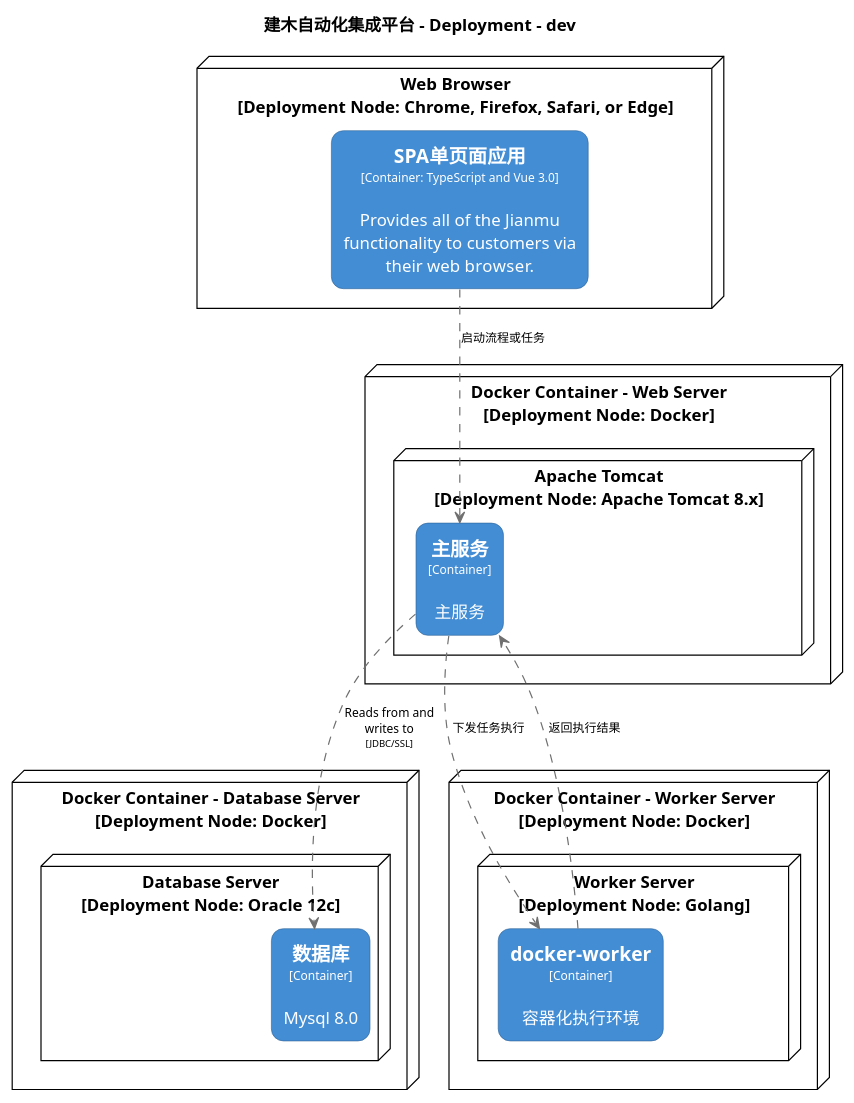
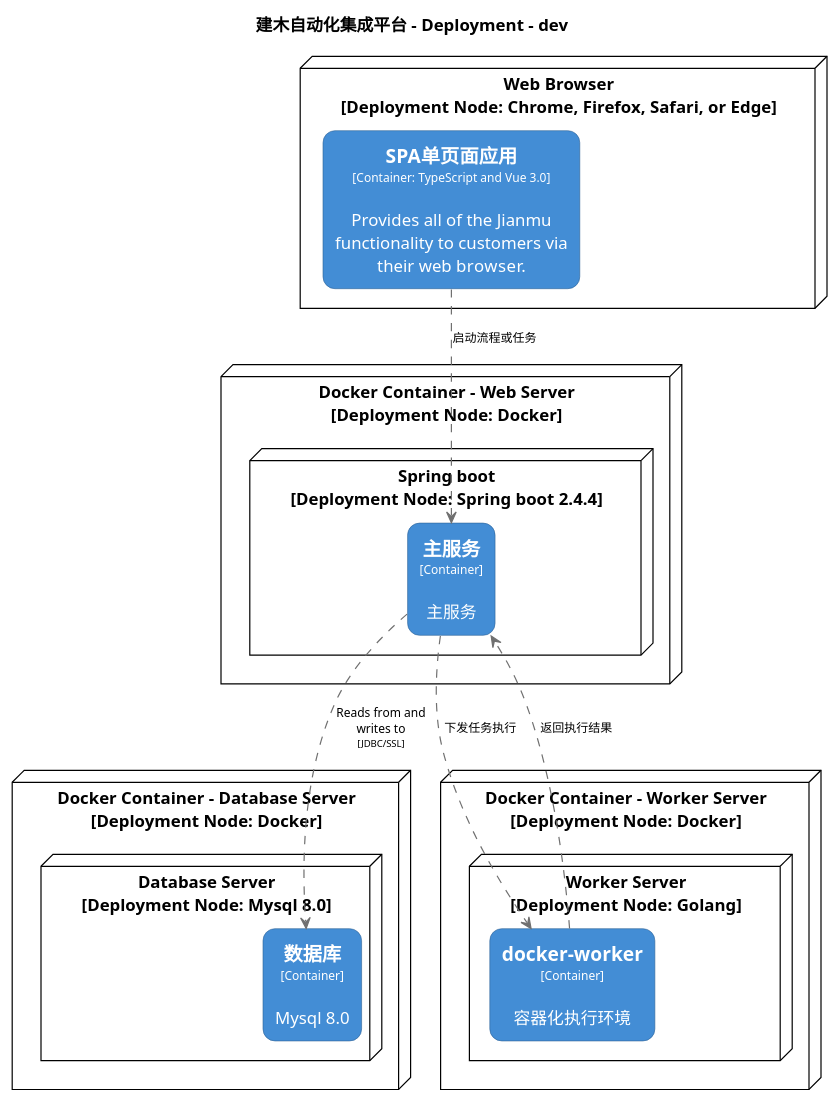
One commit to jianmu-dev/jianmu-architecture-as-code changed the diagram in c4/structurizr-DevelopmentDeployment.puml. Above: the diagram before and after it, drawn with PlantUML. The commit also changed 2 other files, not shown here.

```diff
--- a/c4/structurizr-DevelopmentDeployment.puml
+++ b/c4/structurizr-DevelopmentDeployment.puml
@@ -1,101 +1,101 @@
 @startuml(id=DevelopmentDeployment)
 title 建木自动化集成平台 - Deployment - dev
 
 skinparam {
   shadowing false
   arrowFontSize 10
   defaultTextAlignment center
   wrapWidth 200
   maxMessageSize 100
 }
 hide stereotype
 top to bottom direction
 skinparam node<<44>> {
   BackgroundColor #ffffff
   FontColor #000000
   BorderColor #000000
   roundCorner 20
 }
 skinparam rectangle<<45>> {
   BackgroundColor #438dd5
   FontColor #ffffff
   BorderColor #2E6295
   roundCorner 20
 }
 skinparam node<<47>> {
   BackgroundColor #ffffff
   FontColor #000000
   BorderColor #000000
   roundCorner 20
 }
 skinparam node<<48>> {
   BackgroundColor #ffffff
   FontColor #000000
   BorderColor #000000
   roundCorner 20
 }
 skinparam rectangle<<49>> {
   BackgroundColor #438dd5
   FontColor #ffffff
   BorderColor #2E6295
   roundCorner 20
 }
 skinparam node<<51>> {
   BackgroundColor #ffffff
   FontColor #000000
   BorderColor #000000
   roundCorner 20
 }
 skinparam node<<41>> {
   BackgroundColor #ffffff
   FontColor #000000
   BorderColor #000000
   roundCorner 20
 }
 skinparam node<<52>> {
   BackgroundColor #ffffff
   FontColor #000000
   BorderColor #000000
   roundCorner 20
 }
 skinparam rectangle<<42>> {
   BackgroundColor #438dd5
   FontColor #ffffff
   BorderColor #2E6295
   roundCorner 20
 }
 skinparam rectangle<<53>> {
   BackgroundColor #438dd5
   FontColor #ffffff
   BorderColor #2E6295
   roundCorner 20
 }
 skinparam node<<43>> {
   BackgroundColor #ffffff
   FontColor #000000
   BorderColor #000000
   roundCorner 20
 }
 node "Docker Container - Database Server\n[Deployment Node: Docker]" <<47>> as 47 {
-  node "Database Server\n[Deployment Node: Oracle 12c]" <<48>> as 48 {
+  node "Database Server\n[Deployment Node: Mysql 8.0]" <<48>> as 48 {
     rectangle "==数据库\n<size:10>[Container]</size>\n\nMysql 8.0" <<49>> as 49
   }
 }
 node "Docker Container - Web Server\n[Deployment Node: Docker]" <<43>> as 43 {
-  node "Apache Tomcat\n[Deployment Node: Apache Tomcat 8.x]" <<44>> as 44 {
+  node "Spring boot\n[Deployment Node: Spring boot 2.4.4]" <<44>> as 44 {
     rectangle "==主服务\n<size:10>[Container]</size>\n\n主服务" <<45>> as 45
   }
 }
 node "Docker Container - Worker Server\n[Deployment Node: Docker]" <<51>> as 51 {
   node "Worker Server\n[Deployment Node: Golang]" <<52>> as 52 {
     rectangle "==docker-worker\n<size:10>[Container]</size>\n\n容器化执行环境" <<53>> as 53
   }
 }
 node "Web Browser\n[Deployment Node: Chrome, Firefox, Safari, or Edge]" <<41>> as 41 {
   rectangle "==SPA单页面应用\n<size:10>[Container: TypeScript and Vue 3.0]</size>\n\nProvides all of the Jianmu functionality to customers via their web browser." <<42>> as 42
 }
 42 .[#707070].> 45 : "启动流程或任务"
 53 .[#707070].> 45 : "返回执行结果"
 45 .[#707070].> 53 : "下发任务执行"
 45 .[#707070].> 49 : "Reads from and writes to\n<size:8>[JDBC/SSL]</size>"
 @enduml
```
